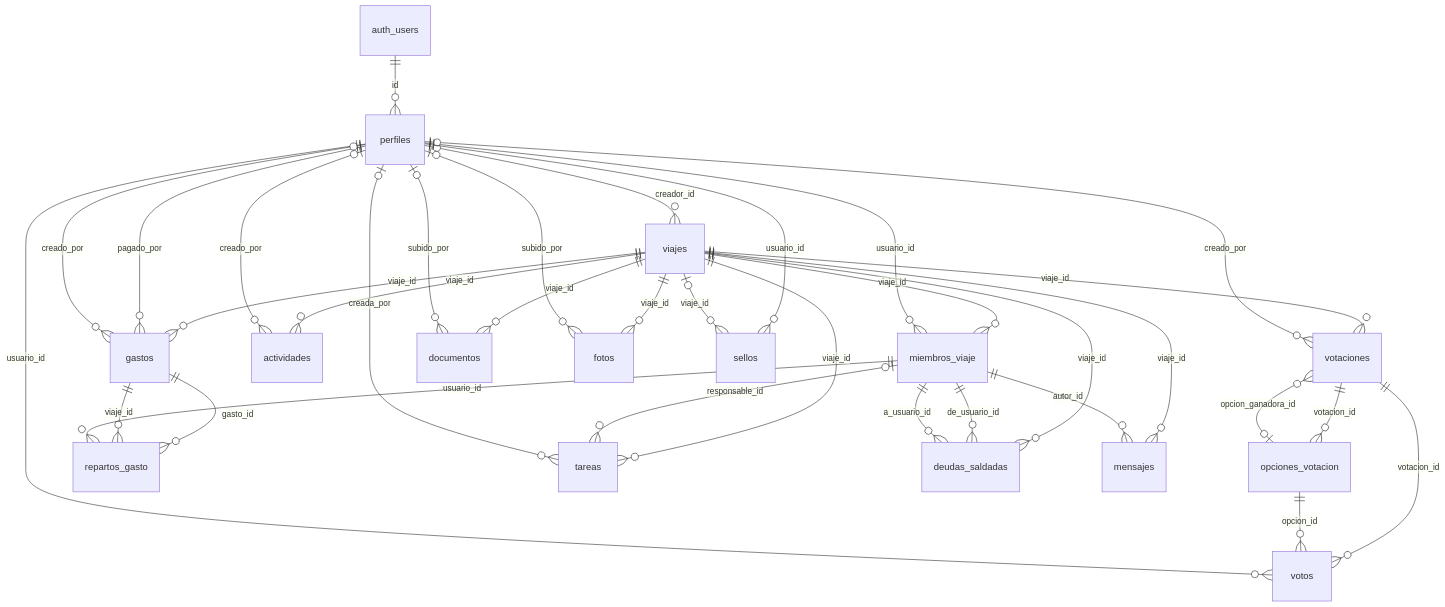
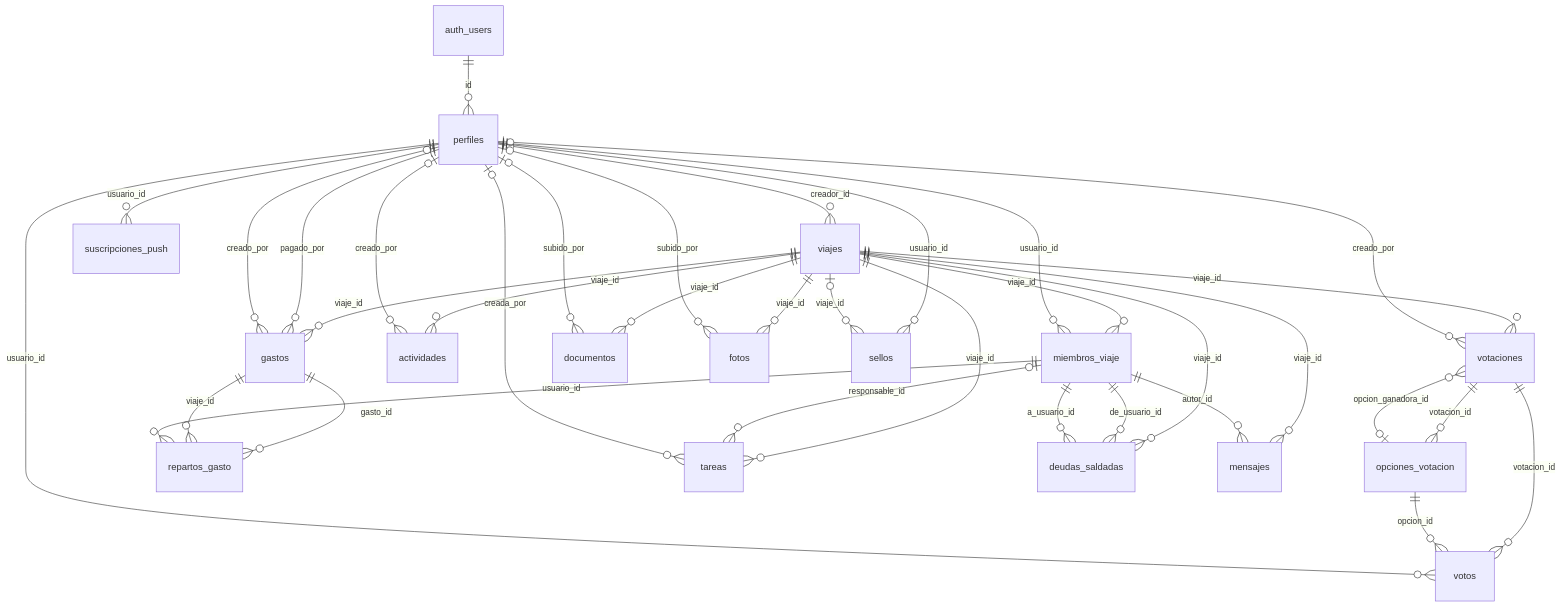
The diagram in docs/BASE_DE_DATOS.md (UNIZAR-30248-2026-TRAVELWRAP/Backend), drawn with Mermaid before and after one commit. The commit also changed other lines of this file and 15 other files, not shown here.

````diff
--- a/docs/BASE_DE_DATOS.md
+++ b/docs/BASE_DE_DATOS.md
@@ -29,36 +30,37 @@
 ```mermaid
 erDiagram
     auth_users ||--o{ perfiles : "id"
     perfiles |o--o{ viajes : "creador_id"
     viajes ||--o{ miembros_viaje : "viaje_id"
     perfiles ||--o{ miembros_viaje : "usuario_id"
     viajes ||--o{ votaciones : "viaje_id"
     opciones_votacion |o--o{ votaciones : "opcion_ganadora_id"
     perfiles |o--o{ votaciones : "creado_por"
     votaciones ||--o{ opciones_votacion : "votacion_id"
     votaciones ||--o{ votos : "votacion_id"
     opciones_votacion ||--o{ votos : "opcion_id"
     perfiles ||--o{ votos : "usuario_id"
     viajes ||--o{ actividades : "viaje_id"
     perfiles |o--o{ actividades : "creado_por"
     viajes ||--o{ gastos : "viaje_id"
     perfiles ||--o{ gastos : "pagado_por"
     perfiles |o--o{ gastos : "creado_por"
     gastos ||--o{ repartos_gasto : "gasto_id"
     gastos ||--o{ repartos_gasto : "viaje_id"
     miembros_viaje ||--o{ repartos_gasto : "usuario_id"
     viajes ||--o{ documentos : "viaje_id"
     perfiles |o--o{ documentos : "subido_por"
     viajes ||--o{ fotos : "viaje_id"
     perfiles |o--o{ fotos : "subido_por"
     viajes ||--o{ tareas : "viaje_id"
     miembros_viaje |o--o{ tareas : "responsable_id"
     perfiles |o--o{ tareas : "creada_por"
     perfiles ||--o{ sellos : "usuario_id"
     viajes |o--o{ sellos : "viaje_id"
     viajes ||--o{ deudas_saldadas : "viaje_id"
     miembros_viaje ||--o{ deudas_saldadas : "de_usuario_id"
     miembros_viaje ||--o{ deudas_saldadas : "a_usuario_id"
     viajes ||--o{ mensajes : "viaje_id"
     miembros_viaje ||--o{ mensajes : "autor_id"
+    perfiles ||--o{ suscripciones_push : "usuario_id"
 ```
````
